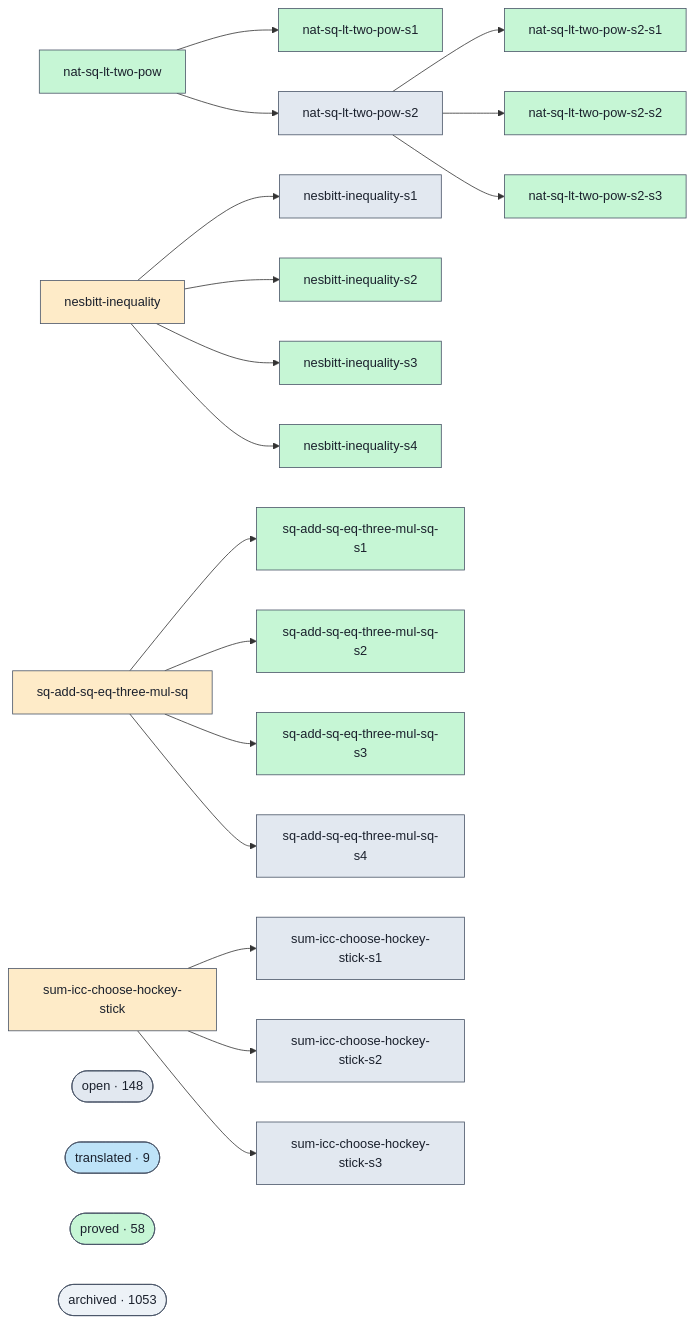
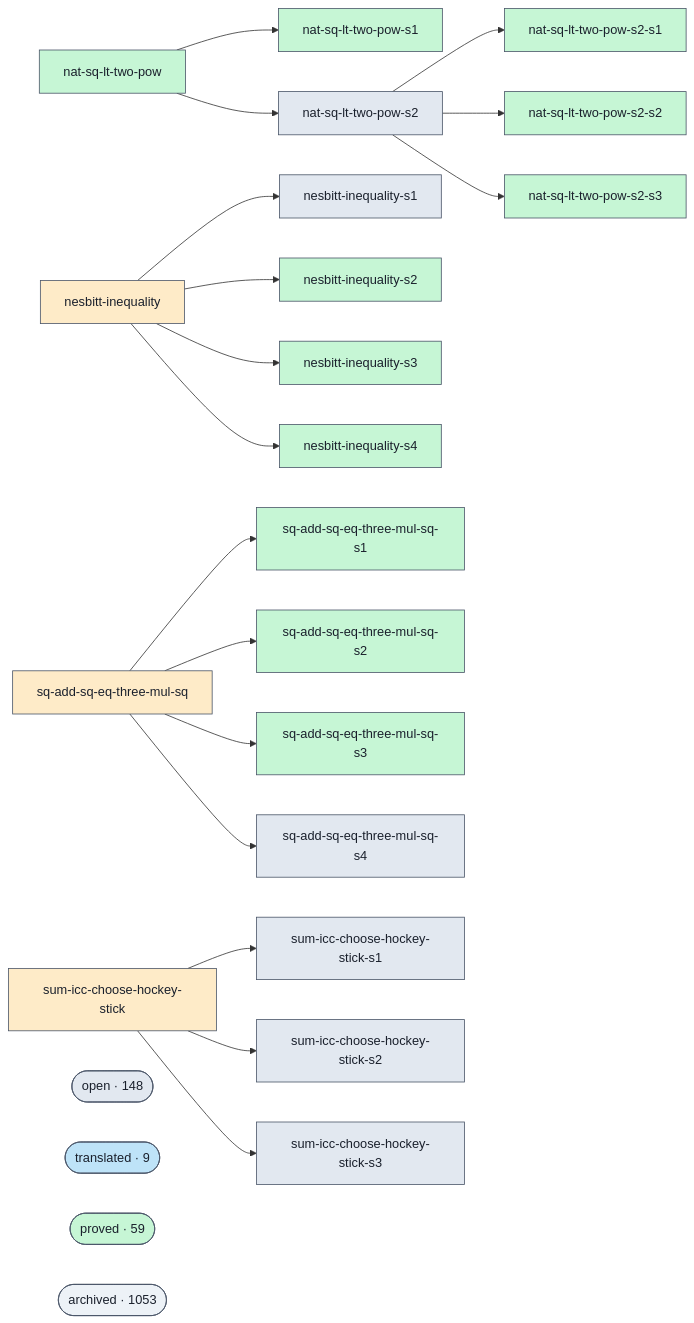
The diagram in docs/proofs-contributors-visualisation.md (Rauxon/unsorry), drawn with Mermaid before and after one commit. The commit also changed other lines of this file and 2 other files, not shown here.

```diff
--- a/docs/proofs-contributors-visualisation.md
+++ b/docs/proofs-contributors-visualisation.md
@@ -102,7 +102,7 @@
   class cluster_open open;
   cluster_translated(["translated · 9"])
   class cluster_translated translated;
-  cluster_proved(["proved · 58"])
+  cluster_proved(["proved · 59"])
   class cluster_proved proved;
   cluster_archived(["archived · 1053"])
   class cluster_archived unknown;
```
